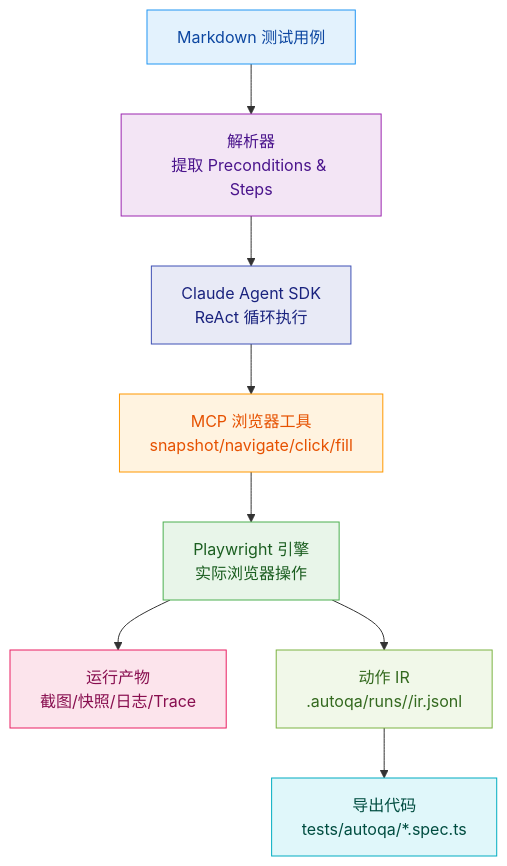
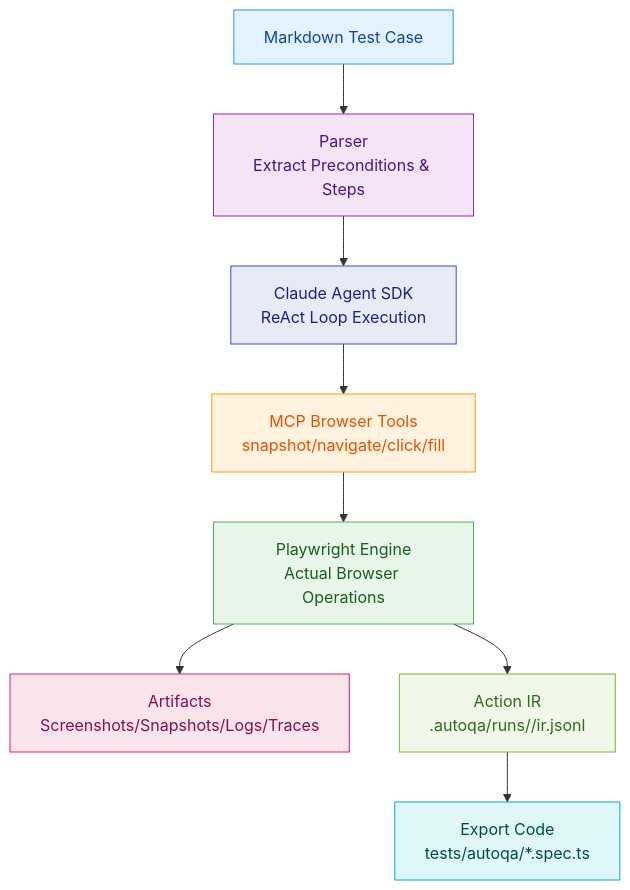
One commit to hhhaiai/AutoQA-Agent changed the diagram in README.md. Above: the diagram before and after it, drawn with Mermaid. The commit also changed other lines of this file and 14 other files, not shown here.

````diff
--- a/README.md
+++ b/README.md
@@ -95,19 +97,19 @@
 ```mermaid
 flowchart TD
-    A["Markdown 测试用例"] --> B["解析器<br/>提取 Preconditions & Steps"]
-    B --> C["Claude Agent SDK<br/>ReAct 循环执行"]
-    C --> D["MCP 浏览器工具<br/>snapshot/navigate/click/fill"]
-    D --> E["Playwright 引擎<br/>实际浏览器操作"]
-    E --> F["运行产物<br/>截图/快照/日志/Trace"]
-    E --> G["动作 IR<br/>.autoqa/runs/<runId>/ir.jsonl"]
-    G --> H["导出代码<br/>tests/autoqa/*.spec.ts"]
+    A["Markdown Test Case"] --> B["Parser<br/>Extract Preconditions & Steps"]
+    B --> C["Claude Agent SDK<br/>ReAct Loop Execution"]
+    C --> D["MCP Browser Tools<br/>snapshot/navigate/click/fill"]
+    D --> E["Playwright Engine<br/>Actual Browser Operations"]
+    E --> F["Artifacts<br/>Screenshots/Snapshots/Logs/Traces"]
+    E --> G["Action IR<br/>.autoqa/runs/<runId>/ir.jsonl"]
+    G --> H["Export Code<br/>tests/autoqa/*.spec.ts"]
 
     style A fill:#e3f2fd,stroke:#2196f3,color:#0d47a1
     style B fill:#f3e5f5,stroke:#9c27b0,color:#4a148c
     style C fill:#e8eaf6,stroke:#3f51b5,color:#1a237e
     style D fill:#fff3e0,stroke:#ff9800,color:#e65100
     style E fill:#e8f5e9,stroke:#4caf50,color:#1b5e20
     style F fill:#fce4ec,stroke:#e91e63,color:#880e4f
     style G fill:#f1f8e9,stroke:#7cb342,color:#33691e
     style H fill:#e0f7fa,stroke:#00acc1,color:#004d40
 ```
````
